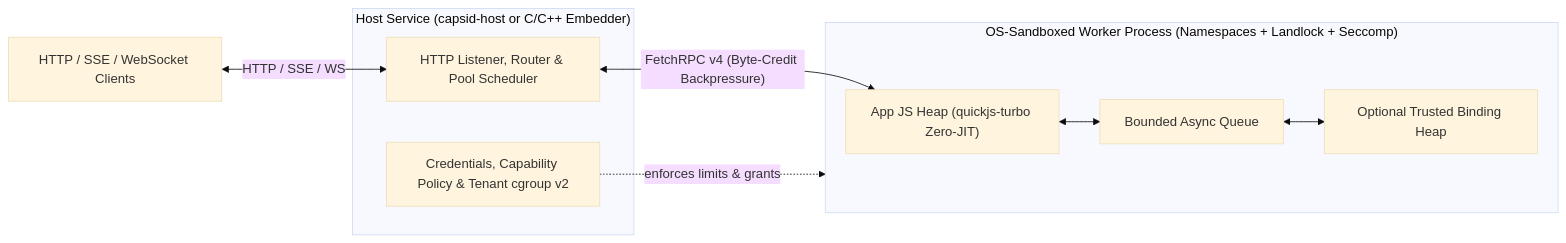
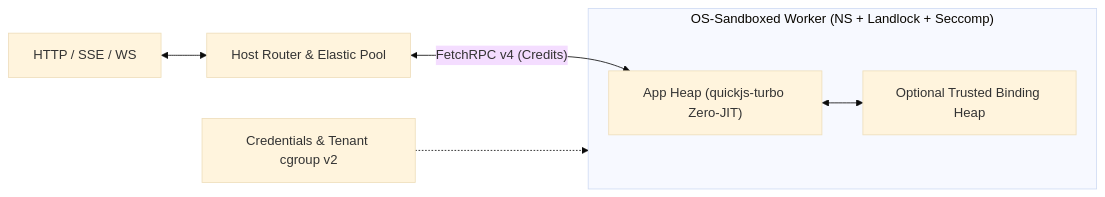
The diagram in README.md (rowanellis-113/capsid), drawn with Mermaid (base theme) before and after one commit. The commit also changed other lines of this file and 1 other file, not shown here.

````diff
--- a/README.md
+++ b/README.md
@@ -213,17 +207,9 @@
 ```mermaid
 flowchart LR
-    Client["HTTP / SSE / WebSocket Clients"]
-    subgraph Host["Host Service (capsid-host or C/C++ Embedder)"]
-        Router["HTTP Listener, Router & Pool Scheduler"]
-        Policy["Credentials, Capability Policy & Tenant cgroup v2"]
+    Client["HTTP / SSE / WS"] <--> Router["Host Router & Elastic Pool"]
+    Policy["Credentials & Tenant cgroup v2"] -.-> Worker
+    subgraph Worker["OS-Sandboxed Worker (NS + Landlock + Seccomp)"]
+        AppHeap["App Heap (quickjs-turbo Zero-JIT)"] <--> BindingHeap["Optional Trusted Binding Heap"]
     end
-    subgraph Worker["OS-Sandboxed Worker Process (Namespaces + Landlock + Seccomp)"]
-        AppHeap["App JS Heap (quickjs-turbo Zero-JIT)"]
-        Queue["Bounded Async Queue"]
-        BindingHeap["Optional Trusted Binding Heap"]
-        AppHeap <--> Queue <--> BindingHeap
-    end
-    Client <-->|"HTTP / SSE / WS"| Router
-    Policy -. "enforces limits & grants" .-> Worker
-    Router <-->|"FetchRPC v4 (Byte-Credit Backpressure)"| AppHeap
+    Router <-->|"FetchRPC v4 (Credits)"| AppHeap
 ```
````
